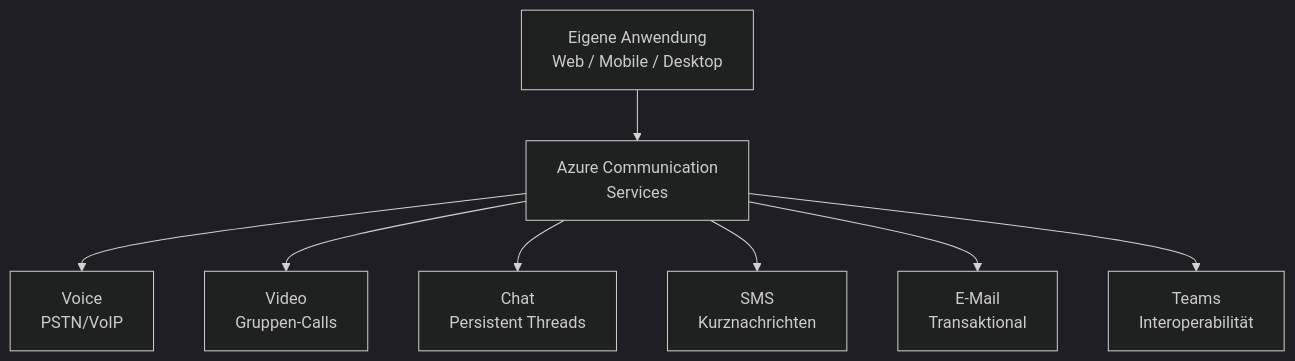
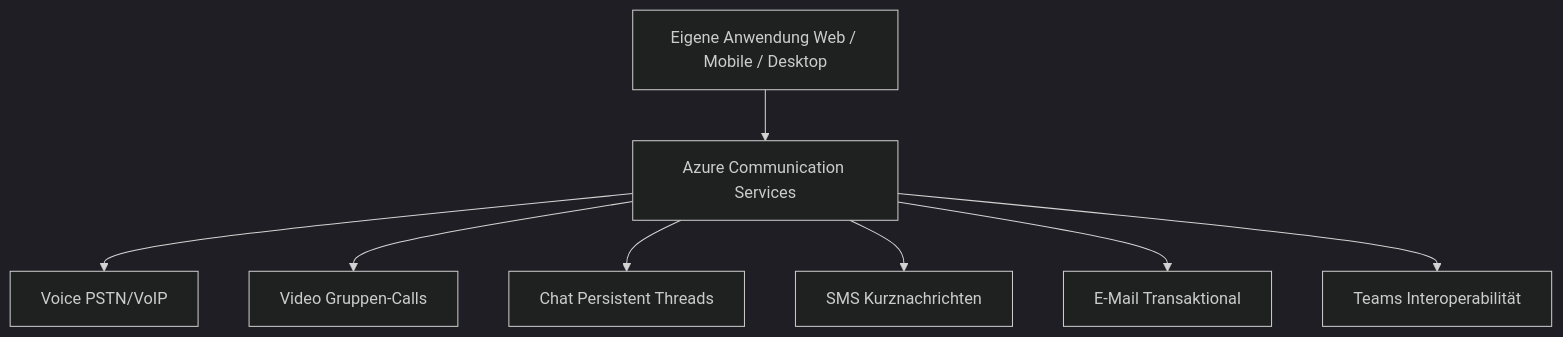
The first of 6 diagrams in Microsoft 365/Azure/Integration und Messaging/Azure Communication Services.md (SoniiiT/notes-n-docs), drawn with Mermaid (dark theme) before and after one commit. The commit also changed other lines of this file and 124 other files, not shown here.

First line of the commit message:
fix: Entferne \n aus allen Mermaid-Diagrammen (125 Dateien)

````diff
--- a/Microsoft 365/Azure/Integration und Messaging/Azure Communication Services.md
+++ b/Microsoft 365/Azure/Integration und Messaging/Azure Communication Services.md
@@ -17,10 +17,10 @@
 ```mermaid
 flowchart TD
-    APP[Eigene Anwendung\nWeb / Mobile / Desktop] --> ACS[Azure Communication\nServices]
-    ACS --> VO[Voice\nPSTN/VoIP]
-    ACS --> VI[Video\nGruppen-Calls]
-    ACS --> CH[Chat\nPersistent Threads]
-    ACS --> SM[SMS\nKurznachrichten]
-    ACS --> EM[E-Mail\nTransaktional]
-    ACS --> TM[Teams\nInteroperabilität]
+    APP[Eigene Anwendung Web / Mobile / Desktop] --> ACS[Azure Communication Services]
+    ACS --> VO[Voice PSTN/VoIP]
+    ACS --> VI[Video Gruppen-Calls]
+    ACS --> CH[Chat Persistent Threads]
+    ACS --> SM[SMS Kurznachrichten]
+    ACS --> EM[E-Mail Transaktional]
+    ACS --> TM[Teams Interoperabilität]
 ```
````
